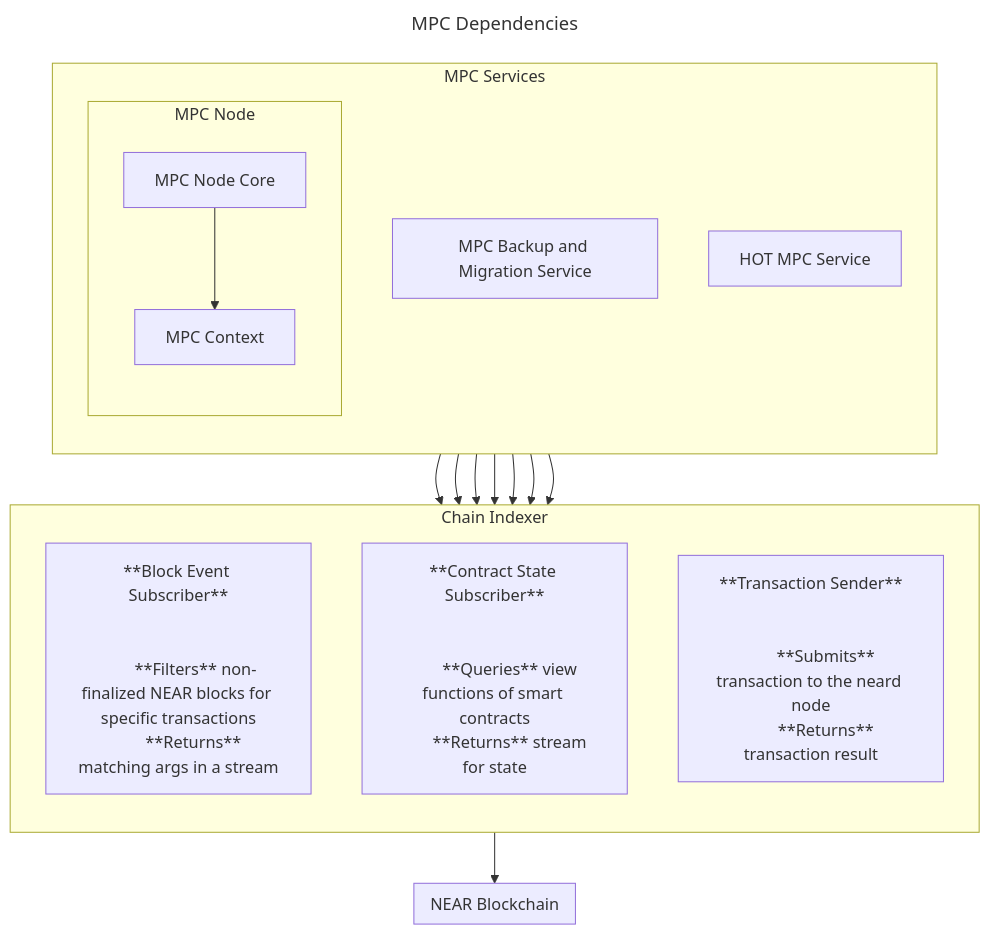
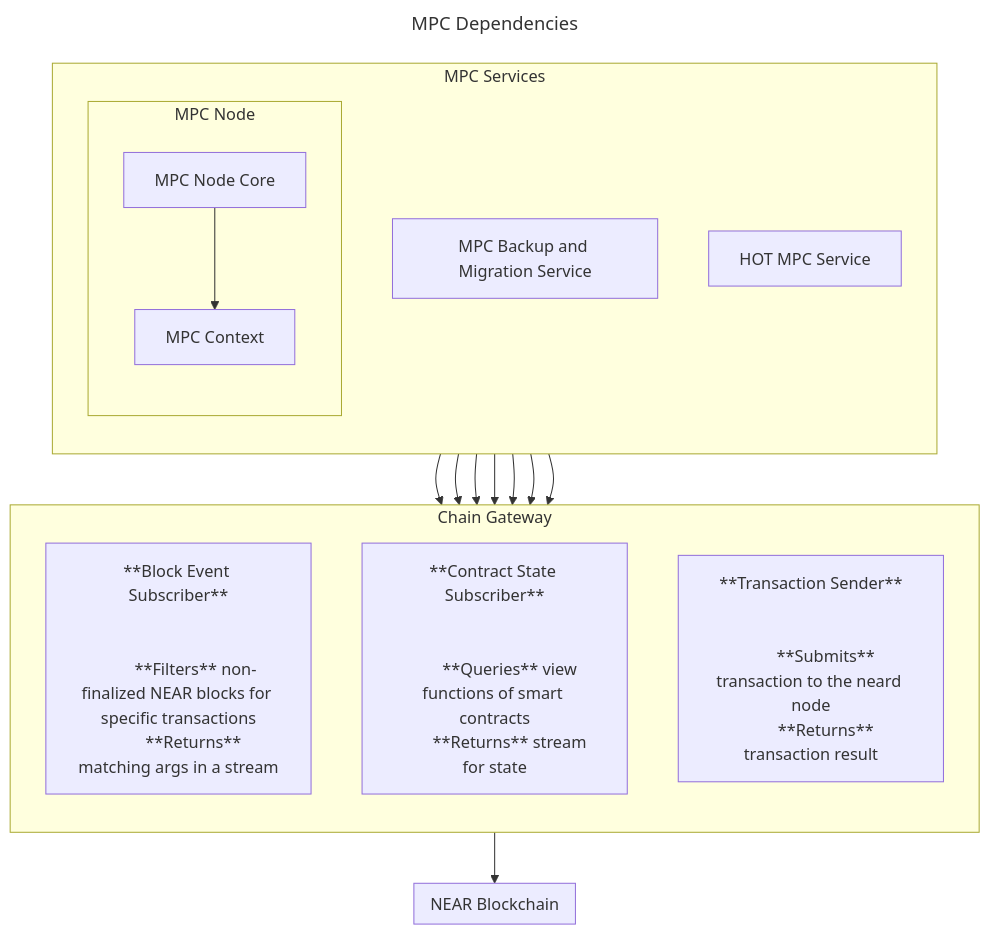
The third of 3 diagrams in docs/indexer-design.md (near/mpc), drawn with Mermaid before and after one commit. The commit also changed other lines of this file and 38 other files, not shown here.

Commit message:
chain-gateway crate

````diff
--- a/docs/indexer-design.md
+++ b/docs/indexer-design.md
@@ -349,56 +349,56 @@
 ```mermaid
 ---
 title: MPC Dependencies
 ---
 flowchart TB
 
 
 subgraph SERVICES[MPC Services]
     direction TB
     subgraph MPC_NODE[MPC Node]
         direction TB
         CORE[MPC Node Core]
         CONTEXT[MPC Context]
         CORE --> CONTEXT
     end
 
     BACKUP_SERVICE[MPC Backup and Migration Service]
 
     HOT_SERVICE[HOT MPC Service]
 end
 
-subgraph CHAIN[Chain Indexer]
+subgraph CHAIN[Chain Gateway]
     direction TB
     TX_SUBSCRIBER[**Block Event Subscriber**<br/><br/>
         **Filters** non-finalized NEAR blocks for specific transactions
         **Returns** matching args in a stream 
     ]
 
     CONTRACT_STATE_VIEWER[**Contract State Subscriber**<br/><br/>
         **Queries** view functions of smart contracts
         **Returns** stream for state
     ]
 
     TX_SENDER[**Transaction Sender**<br/><br/>
         **Submits** transaction to the neard node
         **Returns** transaction result
     ]
 
 end
 
 subgraph NEAR[NEAR Blockchain]
 end
 
 CHAIN --> NEAR
 
 CONTEXT --> CONTRACT_STATE_VIEWER
 CONTEXT --> TX_SENDER
 CONTEXT --> TX_SUBSCRIBER
 
 BACKUP_SERVICE --> CONTRACT_STATE_VIEWER
 BACKUP_SERVICE --> TX_SENDER
 
 
 HOT_SERVICE --> CONTRACT_STATE_VIEWER
 HOT_SERVICE --> TX_SENDER
 ```
````
